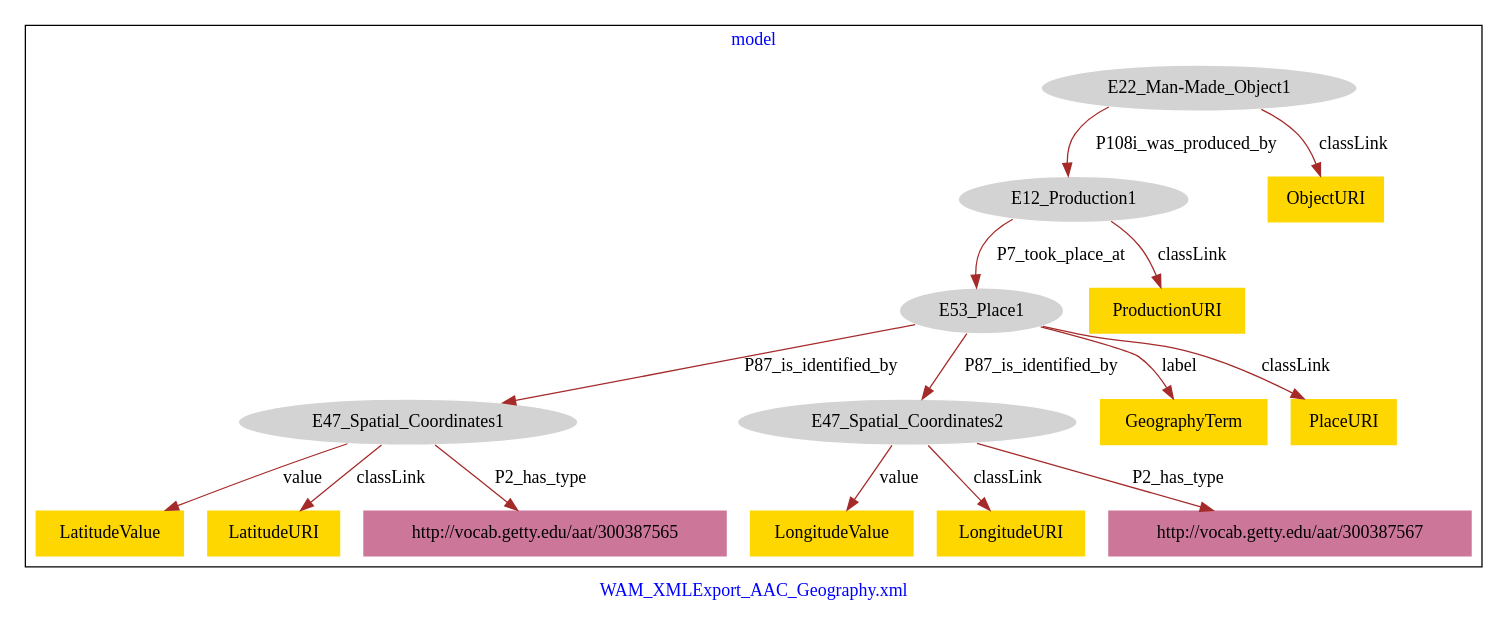
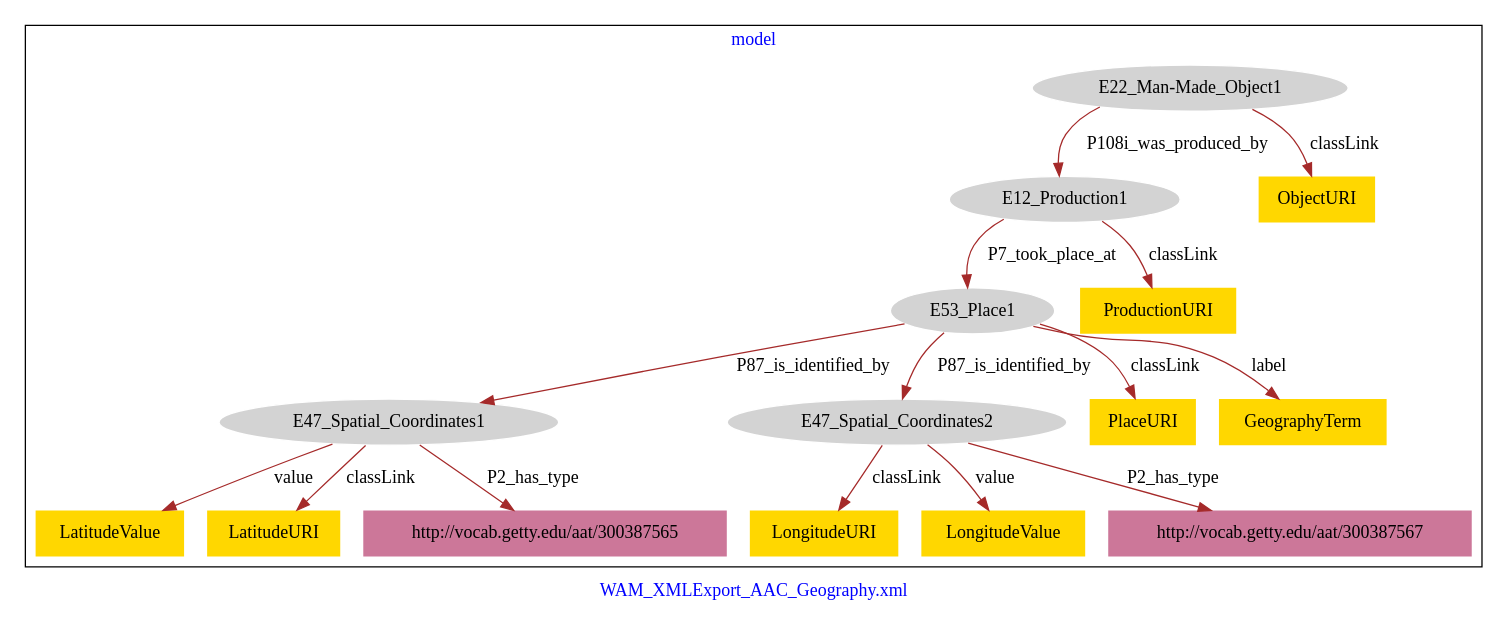
Before and after one commit to american-art/wam: the diagram in WAM_AAC_Geography/WAM_AAC_Geography-model.dot, drawn with Graphviz.

Commit message:
Update file WAM_AAC_Geography-model.dot

```diff
--- a/WAM_AAC_Geography/WAM_AAC_Geography-model.dot
+++ b/WAM_AAC_Geography/WAM_AAC_Geography-model.dot
@@ -1,37 +1,37 @@
 digraph n0 {
 fontcolor="blue"
 remincross="true"
 label="WAM_XMLExport_AAC_Geography.xml"
 subgraph cluster {
 label="model"
 n2[style="filled",color="white",fillcolor="lightgray",label="E12_Production1"];
 n3[style="filled",color="white",fillcolor="lightgray",label="E53_Place1"];
 n4[style="filled",color="white",fillcolor="lightgray",label="E22_Man-Made_Object1"];
 n5[style="filled",color="white",fillcolor="lightgray",label="E47_Spatial_Coordinates1"];
 n6[style="filled",color="white",fillcolor="lightgray",label="E47_Spatial_Coordinates2"];
-n7[shape="plaintext",style="filled",fillcolor="gold",label="LatitudeValue"];
-n8[shape="plaintext",style="filled",fillcolor="gold",label="LongitudeValue"];
-n9[shape="plaintext",style="filled",fillcolor="gold",label="GeographyTerm"];
-n10[shape="plaintext",style="filled",fillcolor="gold",label="LatitudeURI"];
-n11[shape="plaintext",style="filled",fillcolor="gold",label="ProductionURI"];
-n12[shape="plaintext",style="filled",fillcolor="gold",label="PlaceURI"];
-n13[shape="plaintext",style="filled",fillcolor="gold",label="ObjectURI"];
-n14[shape="plaintext",style="filled",fillcolor="gold",label="LongitudeURI"];
+n7[shape="plaintext",style="filled",fillcolor="gold",label="PlaceURI"];
+n8[shape="plaintext",style="filled",fillcolor="gold",label="ObjectURI"];
+n9[shape="plaintext",style="filled",fillcolor="gold",label="LatitudeValue"];
+n10[shape="plaintext",style="filled",fillcolor="gold",label="LongitudeURI"];
+n11[shape="plaintext",style="filled",fillcolor="gold",label="GeographyTerm"];
+n12[shape="plaintext",style="filled",fillcolor="gold",label="LongitudeValue"];
+n13[shape="plaintext",style="filled",fillcolor="gold",label="LatitudeURI"];
+n14[shape="plaintext",style="filled",fillcolor="gold",label="ProductionURI"];
 n15[shape="plaintext",style="filled",fillcolor="#CC7799",label="http://vocab.getty.edu/aat/300387567"];
 n16[shape="plaintext",style="filled",fillcolor="#CC7799",label="http://vocab.getty.edu/aat/300387565"];
 }
 n2 -> n3[color="brown",fontcolor="black",label="P7_took_place_at"]
 n4 -> n2[color="brown",fontcolor="black",label="P108i_was_produced_by"]
 n3 -> n5[color="brown",fontcolor="black",label="P87_is_identified_by"]
 n3 -> n6[color="brown",fontcolor="black",label="P87_is_identified_by"]
-n5 -> n7[color="brown",fontcolor="black",label="value"]
-n6 -> n8[color="brown",fontcolor="black",label="value"]
-n3 -> n9[color="brown",fontcolor="black",label="label"]
-n5 -> n10[color="brown",fontcolor="black",label="classLink"]
-n2 -> n11[color="brown",fontcolor="black",label="classLink"]
-n3 -> n12[color="brown",fontcolor="black",label="classLink"]
-n4 -> n13[color="brown",fontcolor="black",label="classLink"]
-n6 -> n14[color="brown",fontcolor="black",label="classLink"]
+n3 -> n7[color="brown",fontcolor="black",label="classLink"]
+n4 -> n8[color="brown",fontcolor="black",label="classLink"]
+n5 -> n9[color="brown",fontcolor="black",label="value"]
+n6 -> n10[color="brown",fontcolor="black",label="classLink"]
+n3 -> n11[color="brown",fontcolor="black",label="label"]
+n6 -> n12[color="brown",fontcolor="black",label="value"]
+n5 -> n13[color="brown",fontcolor="black",label="classLink"]
+n2 -> n14[color="brown",fontcolor="black",label="classLink"]
 n6 -> n15[color="brown",fontcolor="black",label="P2_has_type"]
 n5 -> n16[color="brown",fontcolor="black",label="P2_has_type"]
 }
```
